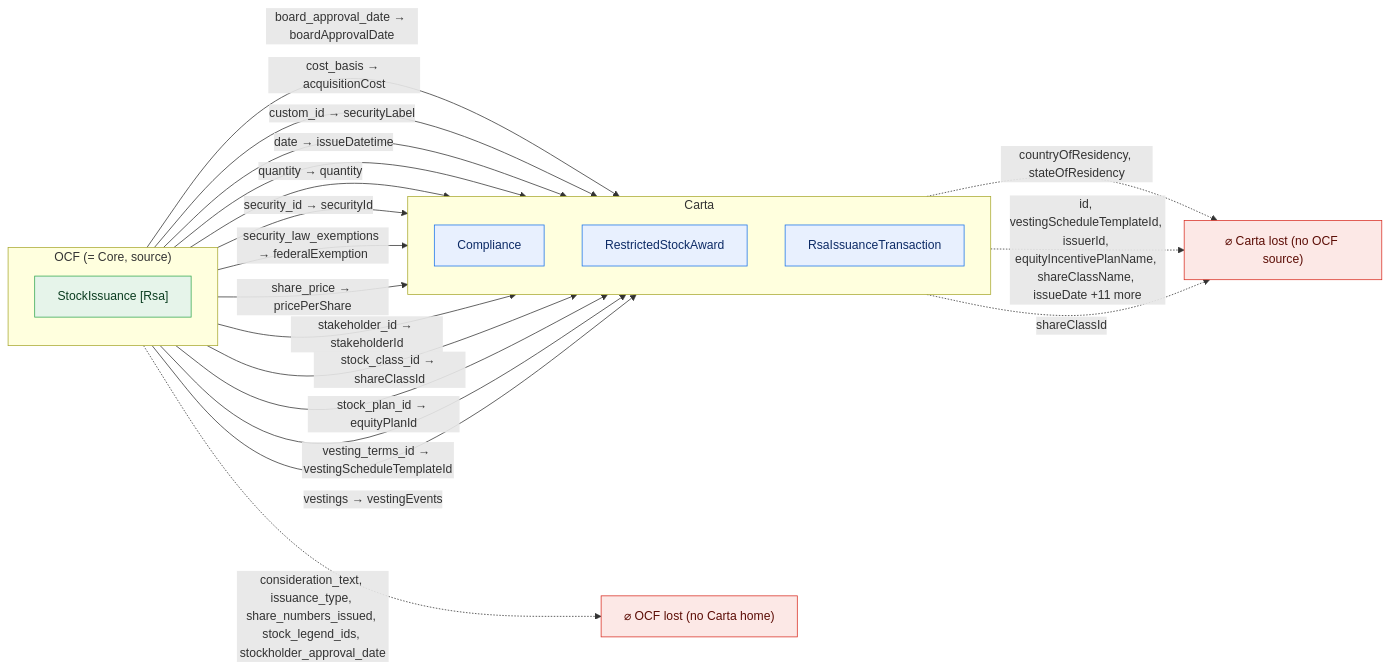
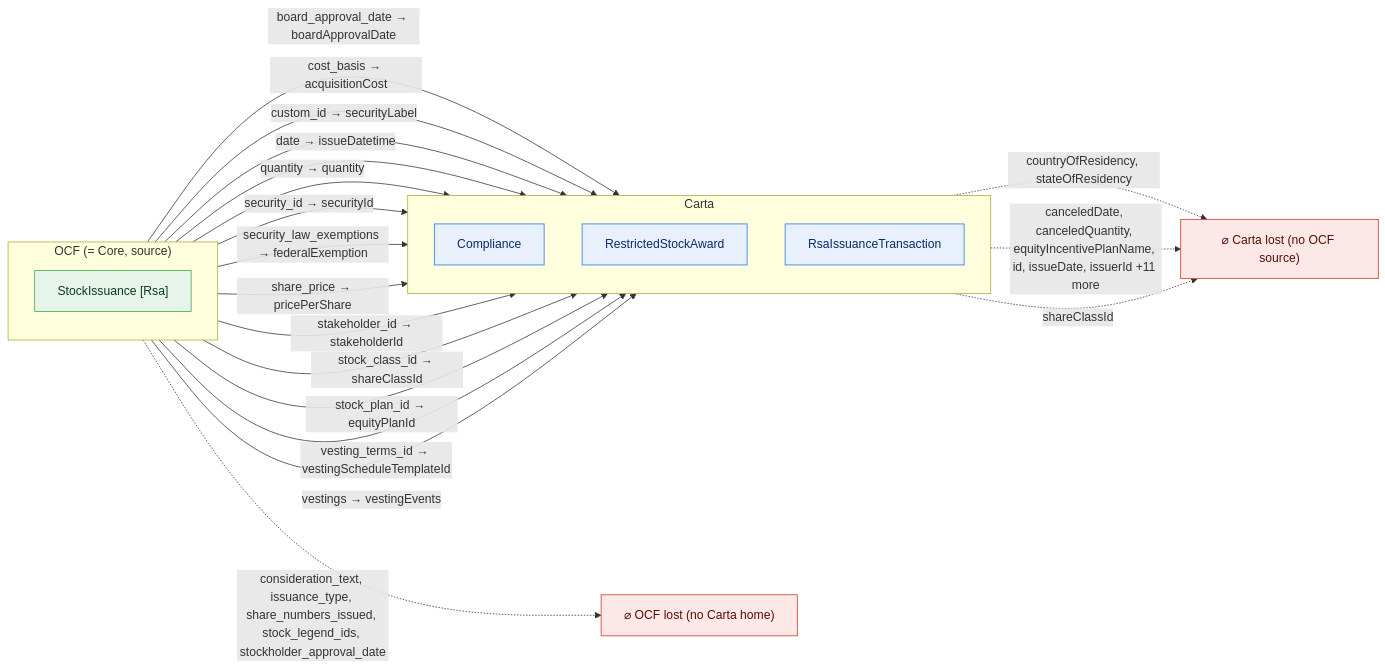
Before and after one commit to Open-Cap-Table-Coalition/OCF-Composed-Schemas: the third of 47 diagrams in docs/core-bidirectional-flow.md, drawn with Mermaid. The commit also changed other lines of this file and 7 other files, not shown here.

````diff
--- a/docs/core-bidirectional-flow.md
+++ b/docs/core-bidirectional-flow.md
@@ -90,36 +113,36 @@
 ```mermaid
 flowchart LR
   classDef adm fill:#e6f4ea,stroke:#34a853,color:#0b3d20;
   classDef notadm fill:#f1f3f4,stroke:#9aa0a6,color:#5f6368,stroke-dasharray:4 3;
   classDef carta fill:#e8f0fe,stroke:#1a73e8,color:#0d2b66;
   classDef lost fill:#fce8e6,stroke:#d93025,color:#5c0d06;
   subgraph SRC["OCF (= Core, source)"]
     direction TB
     o0["StockIssuance [Rsa]"]:::adm
   end
   subgraph TGT["Carta"]
     direction TB
     t0["Compliance"]:::carta
     t1["RestrictedStockAward"]:::carta
     t2["RsaIssuanceTransaction"]:::carta
   end
   ocflost["⌀ OCF lost (no Carta home)"]:::lost
   cartalost["⌀ Carta lost (no OCF source)"]:::lost
   o0 -->|"board_approval_date → boardApprovalDate"| t1
   o0 -->|"cost_basis → acquisitionCost"| t2
   o0 -->|"custom_id → securityLabel"| t1
   o0 -->|"date → issueDatetime"| t2
   o0 -->|"quantity → quantity"| t2
   o0 -->|"security_id → securityId"| t1
   o0 -->|"security_law_exemptions → federalExemption"| t0
   o0 -->|"share_price → pricePerShare"| t1
   o0 -->|"stakeholder_id → stakeholderId"| t1
   o0 -->|"stock_class_id → shareClassId"| t1
   o0 -->|"stock_plan_id → equityPlanId"| t2
   o0 -->|"vesting_terms_id → vestingScheduleTemplateId"| t2
   o0 -->|"vestings → vestingEvents"| t1
   o0 -.->|"consideration_text, issuance_type, share_numbers_issued, stock_legend_ids, stockholder_approval_date"| ocflost
   t0 -.->|"countryOfResidency, stateOfResidency"| cartalost
-  t1 -.->|"id, vestingScheduleTemplateId, issuerId, equityIncentivePlanName, shareClassName, issueDate +11 more"| cartalost
+  t1 -.->|"canceledDate, canceledQuantity, equityIncentivePlanName, id, issueDate, issuerId +11 more"| cartalost
   t2 -.->|"shareClassId"| cartalost
 ```
````
